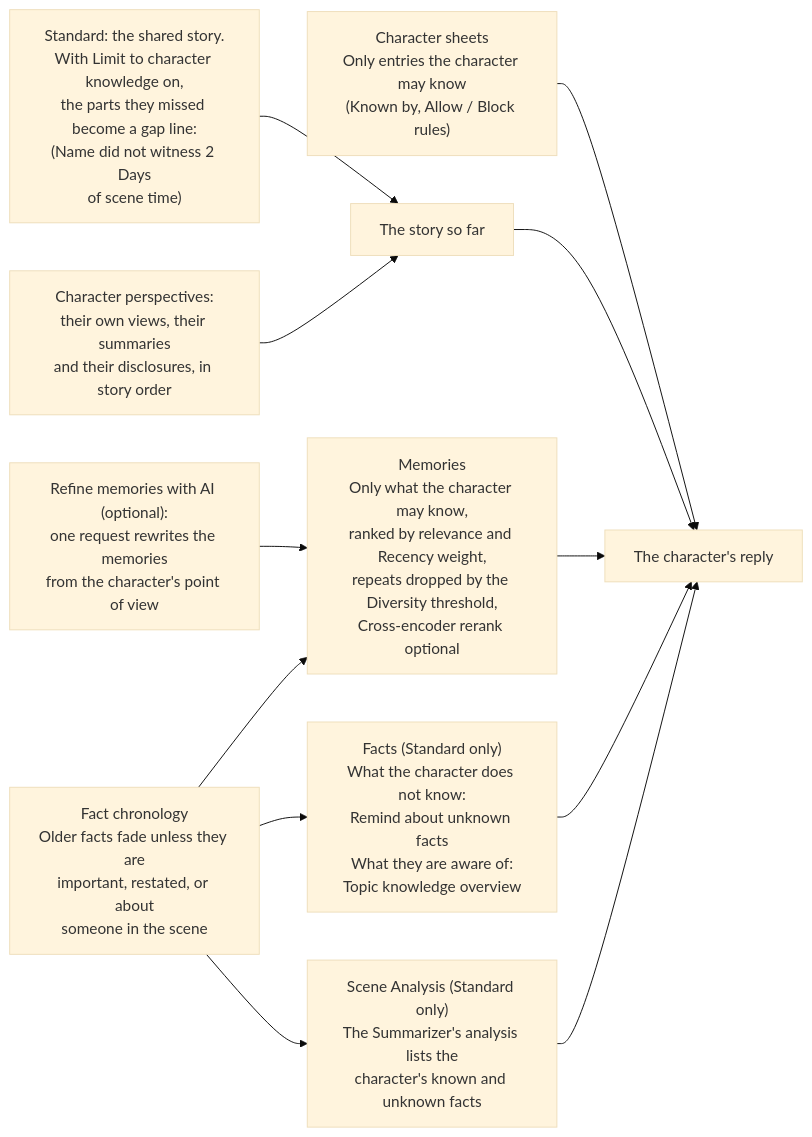
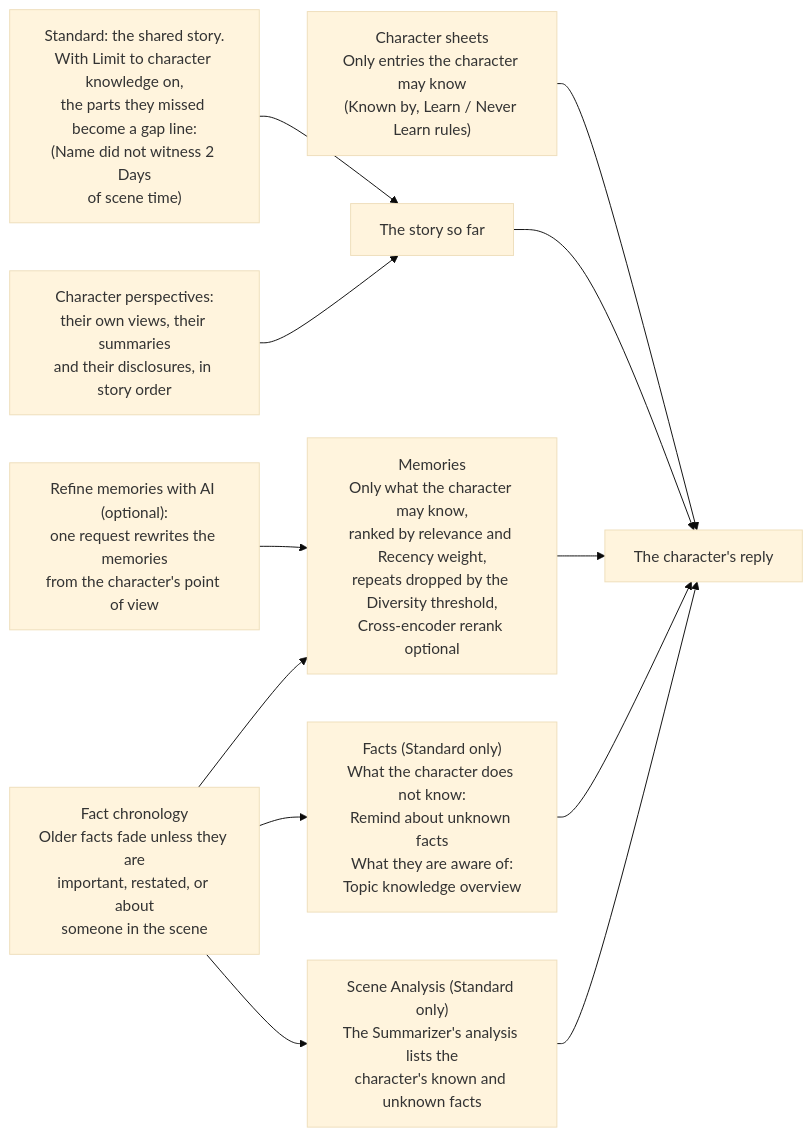
One commit to vegu-ai/talemate changed the fourth of 6 diagrams in docs/user-guide/world-editor/knowledge-how-it-works.md. Above: the diagram before and after it, drawn with Mermaid (base theme). The commit also changed other lines of this file and 83 other files, not shown here.

First line of the commit message:
Character knowledge follow-ups: Learn, Never Learn and Unlearn, static entry Known by, History refresh chips, rebuild settles refresh flags, no fact false mark (#662) (#669)

````diff
--- a/docs/user-guide/world-editor/knowledge-how-it-works.md
+++ b/docs/user-guide/world-editor/knowledge-how-it-works.md
@@ -172,15 +172,15 @@
 ```mermaid
 flowchart LR
     R["The character's reply"]
-    S["Character sheets<br/>Only entries the character may know<br/>(Known by, Allow / Block rules)"] --> R
+    S["Character sheets<br/>Only entries the character may know<br/>(Known by, Learn / Never Learn rules)"] --> R
     H["The story so far"] --> R
     H1["Standard: the shared story.<br/>With Limit to character knowledge on,<br/>the parts they missed become a gap line:<br/>(Name did not witness 2 Days<br/>of scene time)"] --> H
     H2["Character perspectives:<br/>their own views, their summaries<br/>and their disclosures, in story order"] --> H
     M["Memories<br/>Only what the character may know,<br/>ranked by relevance and Recency weight,<br/>repeats dropped by the Diversity threshold,<br/>Cross-encoder rerank optional"] --> R
     M1["Refine memories with AI (optional):<br/>one request rewrites the memories<br/>from the character's point of view"] --> M
     F["Facts (Standard only)<br/>What the character does not know:<br/>Remind about unknown facts<br/>What they are aware of:<br/>Topic knowledge overview"] --> R
     A["Scene Analysis (Standard only)<br/>The Summarizer's analysis lists the<br/>character's known and unknown facts"] --> R
     T["Fact chronology<br/>Older facts fade unless they are<br/>important, restated, or about<br/>someone in the scene"] --> F
     T --> M
     T --> A
 ```
````
